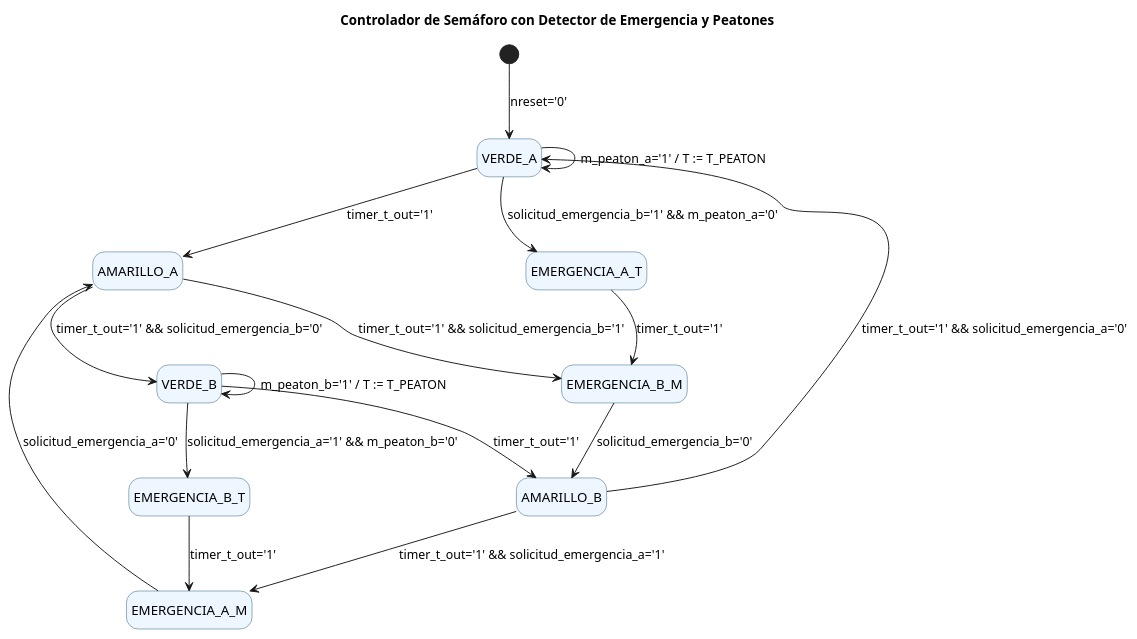
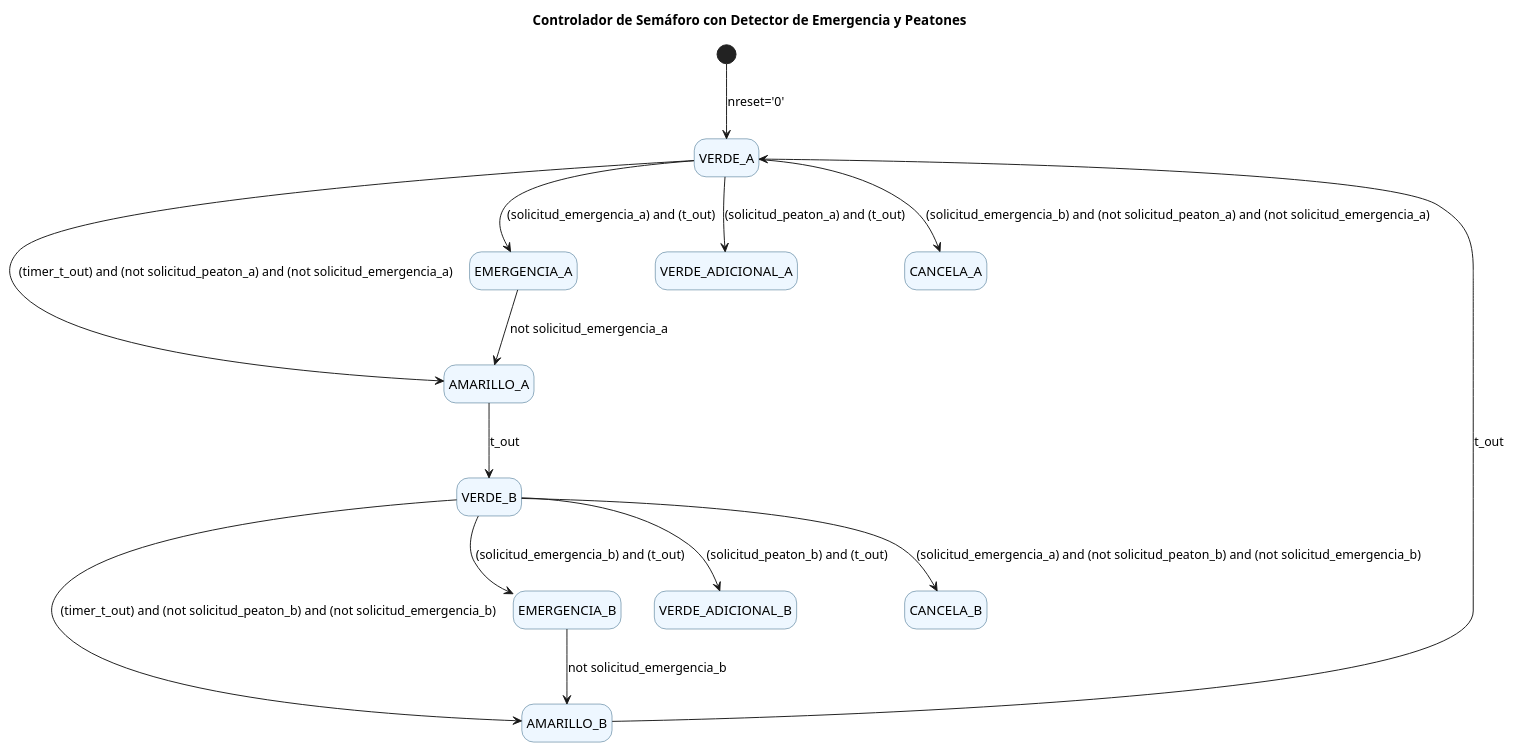
The diagram in diagrama_semaforo.puml (agustin-197/semaforo_6), drawn with PlantUML before and after one commit. The commit also changed 2 other files, not shown here.

Commit message:
Changes to be committed: 	new file:   Diaz_Gerardo_Agustin_ACTIVIDAD_6.pdf 	new file:   actividad_6.pdf 	modified:   diagrama_semaforo.puml

```diff
--- a/diagrama_semaforo.puml
+++ b/diagrama_semaforo.puml
@@ -1,44 +1,44 @@
 @startuml
 title Controlador de Semáforo con Detector de Emergencia y Peatones
 
 hide empty description
 skinparam state {
   BackgroundColor #eef7ff
   BorderColor #22577A
   StartColor #38A3A5
 }
 
 [*] --> VERDE_A : nreset='0'
 
 state VERDE_A
 state AMARILLO_A
 state VERDE_B
 state AMARILLO_B
-state EMERGENCIA_A_T
-state EMERGENCIA_B_T
-state EMERGENCIA_A_M
-state EMERGENCIA_B_M
+state EMERGENCIA_A
+state EMERGENCIA_B
+state VERDE_ADICIONAL_A
+state VERDE_ADICIONAL_B
+state CANCELA_A 
+state CANCELA_B
 
 ' -------- Región A --------
-VERDE_A --> EMERGENCIA_A_T : solicitud_emergencia_b='1' && m_peaton_a='0'
-VERDE_A --> AMARILLO_A     : timer_t_out='1'
-VERDE_A --> VERDE_A        : m_peaton_a='1' / T := T_PEATON
+VERDE_A --> EMERGENCIA_A : (solicitud_emergencia_a) and (t_out)
+VERDE_A --> AMARILLO_A     : (timer_t_out) and (not solicitud_peaton_a) and (not solicitud_emergencia_a)
+VERDE_A --> CANCELA_A      : (solicitud_emergencia_b) and (not solicitud_peaton_a) and (not solicitud_emergencia_a)
+VERDE_A --> VERDE_ADICIONAL_A: (solicitud_peaton_a) and (t_out)
 
-AMARILLO_A --> EMERGENCIA_B_M : timer_t_out='1' && solicitud_emergencia_b='1'
-AMARILLO_A --> VERDE_B        : timer_t_out='1' && solicitud_emergencia_b='0'
+AMARILLO_A --> VERDE_B     : t_out
 
-EMERGENCIA_A_T --> EMERGENCIA_B_M : timer_t_out='1'
-EMERGENCIA_A_M --> AMARILLO_A     : solicitud_emergencia_a='0'
+EMERGENCIA_A --> AMARILLO_A : not solicitud_emergencia_a
 
 ' -------- Región B --------
-VERDE_B --> EMERGENCIA_B_T : solicitud_emergencia_a='1' && m_peaton_b='0'
-VERDE_B --> AMARILLO_B     : timer_t_out='1'
-VERDE_B --> VERDE_B        : m_peaton_b='1' / T := T_PEATON
+VERDE_B --> EMERGENCIA_B : (solicitud_emergencia_b) and (t_out)
+VERDE_B --> AMARILLO_B     : (timer_t_out) and (not solicitud_peaton_b) and (not solicitud_emergencia_b)
+VERDE_B --> CANCELA_B      : (solicitud_emergencia_a) and (not solicitud_peaton_b) and (not solicitud_emergencia_b)
+VERDE_B --> VERDE_ADICIONAL_B: (solicitud_peaton_b) and (t_out)
 
-AMARILLO_B --> EMERGENCIA_A_M : timer_t_out='1' && solicitud_emergencia_a='1'
-AMARILLO_B --> VERDE_A        : timer_t_out='1' && solicitud_emergencia_a='0'
+AMARILLO_B --> VERDE_A     : t_out
 
-EMERGENCIA_B_T --> EMERGENCIA_A_M : timer_t_out='1'
-EMERGENCIA_B_M --> AMARILLO_B     : solicitud_emergencia_b='0'
+EMERGENCIA_B --> AMARILLO_B : not solicitud_emergencia_b
 
 @enduml
```
